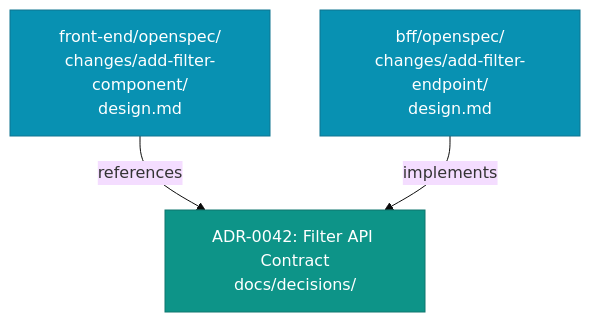
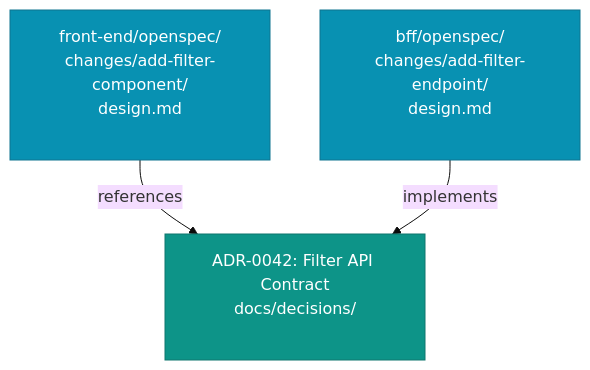
One commit to intent-engineering-for-coding-agents/book changed the diagram in content/team/openspec-across-stacks.md. Above: the diagram before and after it, drawn with Mermaid (base theme).

Commit message:
Tweak OpenSpec across stacks diagram

````diff
--- a/content/team/openspec-across-stacks.md
+++ b/content/team/openspec-across-stacks.md
@@ -63,11 +63,11 @@
 ```mermaid
 graph TD
     classDef contract fill:#0d9488,stroke:#0f766e,color:#fff
     classDef change fill:#0891b2,stroke:#0e7490,color:#fff
 
-    ADR["ADR-0042: Filter API Contract<br/>docs/decisions/"]:::contract
-    FE["front-end/openspec/<br/>changes/add-filter-component/<br/>design.md"]:::change
-    BFF["bff/openspec/<br/>changes/add-filter-endpoint/<br/>design.md"]:::change
+    ADR["ADR-0042: Filter API Contract<br/>docs/decisions/<br/>&nbsp;"]:::contract
+    FE["front-end/openspec/<br/>changes/add-filter-component/<br/>design.md<br/>&nbsp;"]:::change
+    BFF["bff/openspec/<br/>changes/add-filter-endpoint/<br/>design.md<br/>&nbsp;"]:::change
     FE -- "references" --> ADR
     BFF -- "implements" --> ADR
 ```
````
